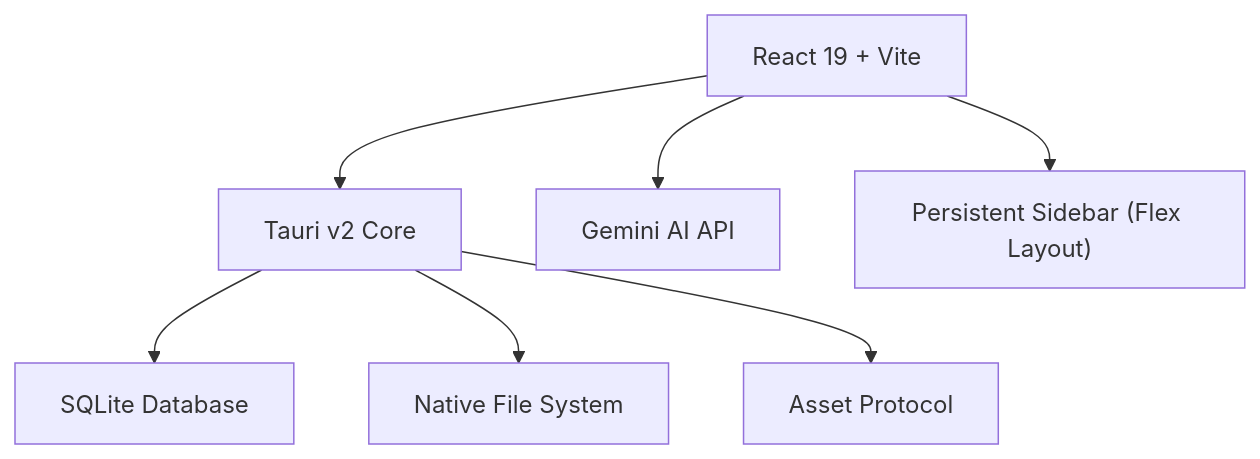
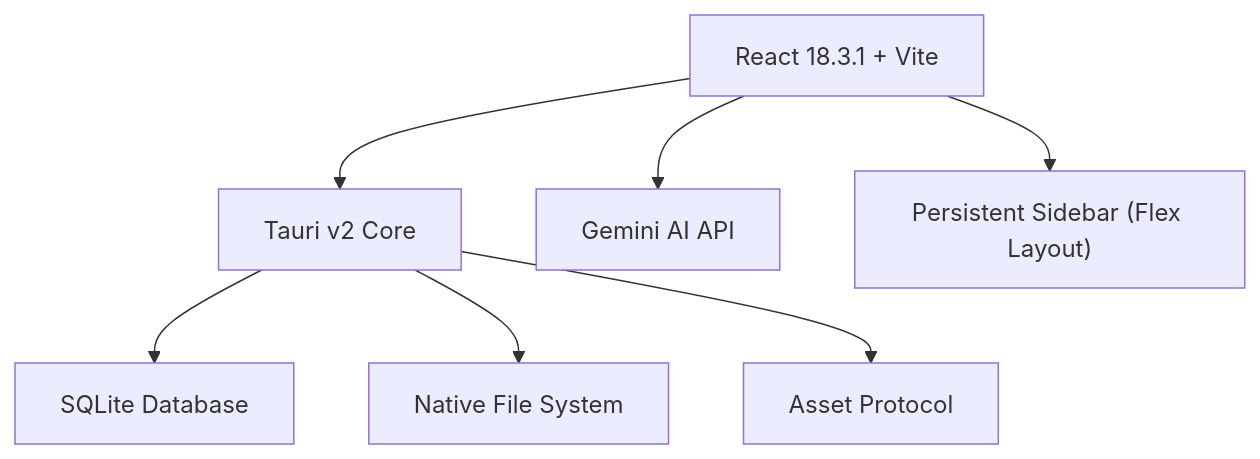
Before and after one commit to groovybronx/portf84: the first of 2 diagrams in docs/guides/architecture/ARCHITECTURE.md, drawn with Mermaid. The commit also changed other lines of this file and 7 other files, not shown here.

````diff
--- a/docs/guides/architecture/ARCHITECTURE.md
+++ b/docs/guides/architecture/ARCHITECTURE.md
@@ -9,9 +9,9 @@
 ```mermaid
 graph TD
-    A[React 19 + Vite] --> B[Tauri v2 Core]
+    A[React 18.3.1 + Vite] --> B[Tauri v2 Core]
     B --> C[SQLite Database]
     B --> D[Native File System]
     B --> E[Asset Protocol]
     A --> F[Gemini AI API]
     A --> G["Persistent Sidebar (Flex Layout)"]
 ```
````
